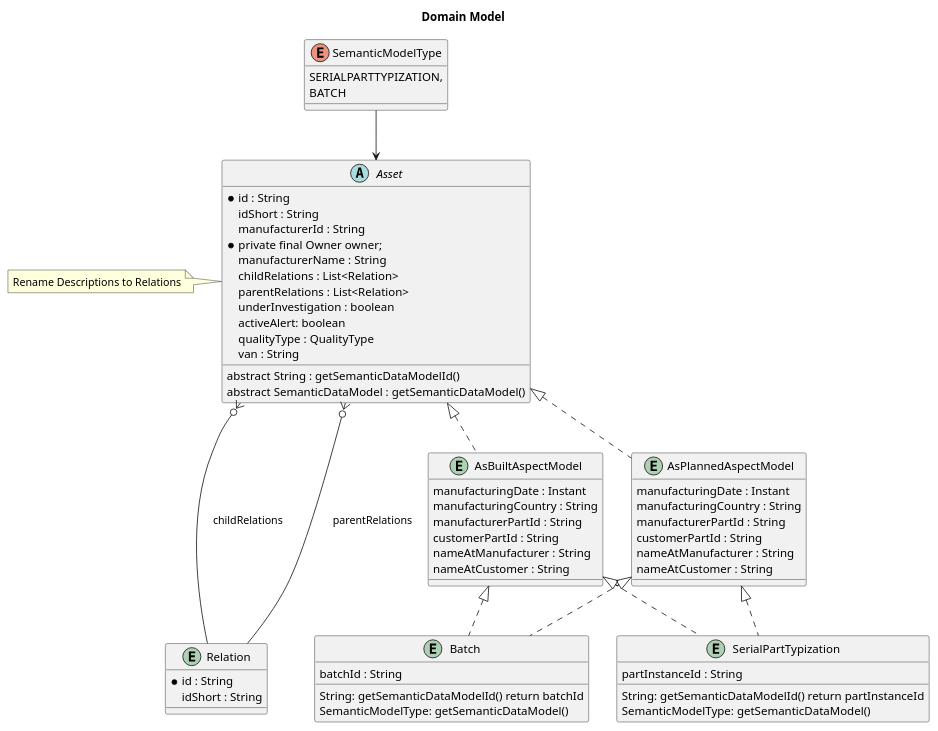
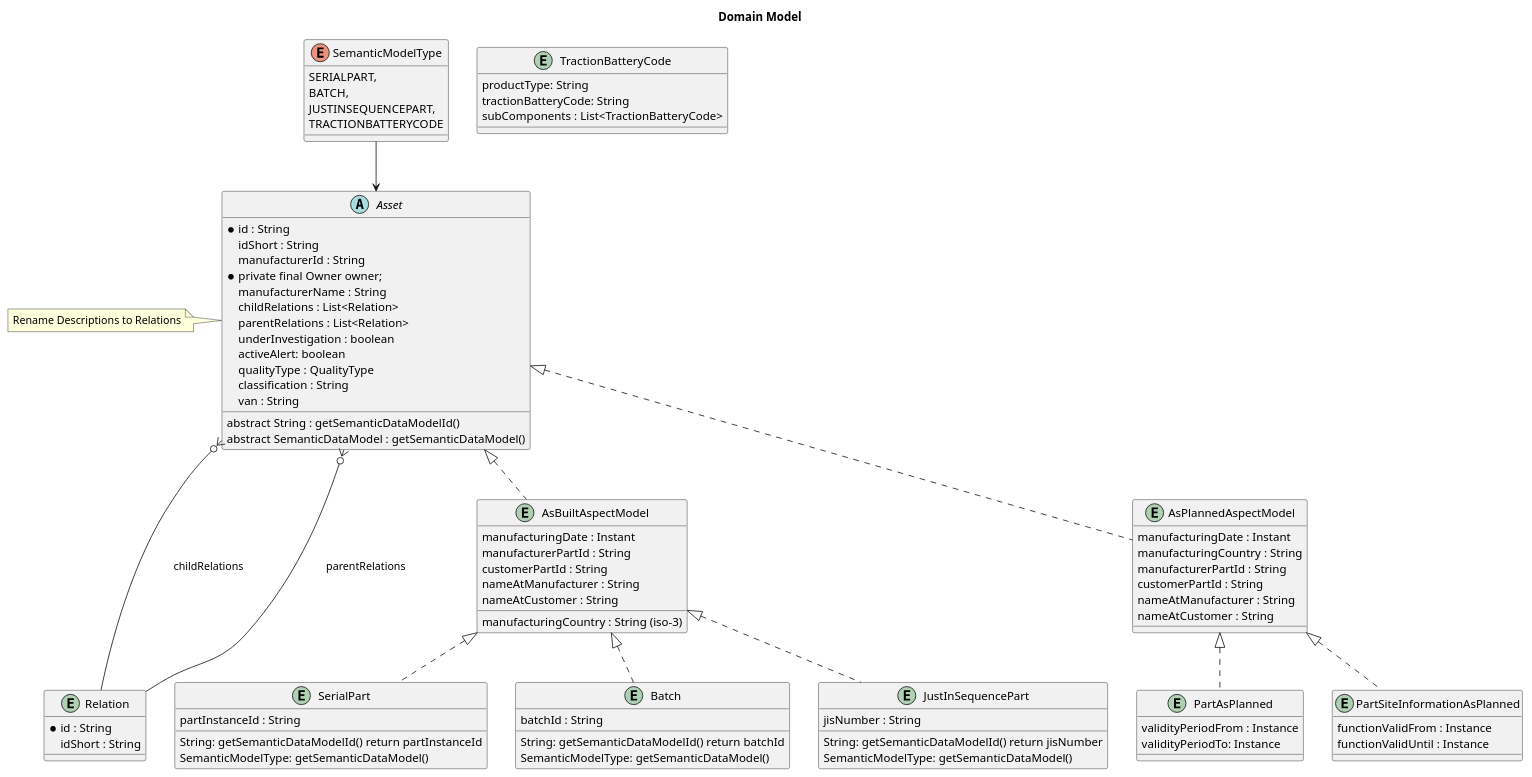
One commit to eclipse-tractusx/traceability-foss changed the diagram in docs/src/uml-diagrams/concept/TRACEFOSS-1423/domain-model.puml. Above: the diagram before and after it, drawn with PlantUML.

Commit message:
fix(diagram):[TRACEFOSS-1423] fix review comments

```diff
--- a/docs/src/uml-diagrams/concept/TRACEFOSS-1423/domain-model.puml
+++ b/docs/src/uml-diagrams/concept/TRACEFOSS-1423/domain-model.puml
@@ -1,78 +1,113 @@
 @startuml
 
 title: Domain Model
 
 
 abstract Asset {
         *   id : String
         idShort : String
         manufacturerId : String
         * private final Owner owner;
         manufacturerName : String
         childRelations : List<Relation>
         parentRelations : List<Relation>
         underInvestigation : boolean
         activeAlert: boolean
         qualityType : QualityType
+        classification : String
         van : String
         abstract String : getSemanticDataModelId()
         abstract SemanticDataModel : getSemanticDataModel()
 }
 note left
     Rename Descriptions to Relations
 end note
 
 
 entity Relation {
        *   id : String
        idShort : String
 }
 
 enum SemanticModelType {
-    SERIALPARTTYPIZATION,
-    BATCH
+    SERIALPART,
+    BATCH,
+    JUSTINSEQUENCEPART,
+    TRACTIONBATTERYCODE
 }
 
 
 entity AsBuiltAspectModel {
         manufacturingDate : Instant
-        manufacturingCountry : String
+        manufacturingCountry : String (iso-3)
         manufacturerPartId : String
         customerPartId : String
         nameAtManufacturer : String
         nameAtCustomer : String
 }
 
-entity SerialPartTypization {
+entity SerialPart {
      partInstanceId : String
      String: getSemanticDataModelId() return partInstanceId
      SemanticModelType: getSemanticDataModel()
 }
 
 entity Batch {
      batchId : String
      String: getSemanticDataModelId() return batchId
      SemanticModelType: getSemanticDataModel()
 }
 
+entity JustInSequencePart {
+     jisNumber : String
+     String: getSemanticDataModelId() return jisNumber
+     SemanticModelType: getSemanticDataModel()
+}
+
+entity TractionBatteryCode {
+    productType: String
+    tractionBatteryCode: String
+    subComponents : List<TractionBatteryCode>
+}
+
+entity PartAsPlanned {
+/'
+    1.0.0
+'/
+    validityPeriodFrom : Instance
+    validityPeriodTo: Instance
+}
+
+entity PartSiteInformationAsPlanned {
+/'
+    1.0.0
+    Currently this is not ready for implementing - there is no specification right now.
+'/
+    functionValidFrom : Instance
+    functionValidUntil : Instance
+}
+
 entity AsPlannedAspectModel {
         manufacturingDate : Instant
         manufacturingCountry : String
         manufacturerPartId : String
         customerPartId : String
         nameAtManufacturer : String
         nameAtCustomer : String
 }
 
-
 SemanticModelType --> Asset
 Asset <|.. AsBuiltAspectModel
 Asset <|.. AsPlannedAspectModel
+
 AsBuiltAspectModel <|.. Batch
-AsBuiltAspectModel <|.. SerialPartTypization
-AsPlannedAspectModel <|.. Batch
-AsPlannedAspectModel <|.. SerialPartTypization
+AsBuiltAspectModel <|.. SerialPart
+AsBuiltAspectModel <|.. JustInSequencePart
+
+AsPlannedAspectModel <|.. PartAsPlanned
+AsPlannedAspectModel <|.. PartSiteInformationAsPlanned
+
 Asset }o--- Relation : childRelations
 Asset }o---  Relation : parentRelations
 
 @enduml
```
